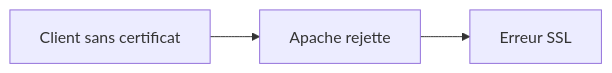
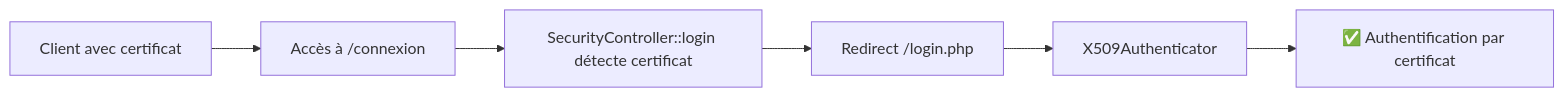
One commit to libriciel/s2low changed the fourth of 4 diagrams in docs/AUTHENTICATION.md. Above: the diagram before and after it, drawn with Mermaid. The commit also changed other lines of this file and 10 other files, not shown here.

````diff
--- a/docs/AUTHENTICATION.md
+++ b/docs/AUTHENTICATION.md
@@ -265,5 +416,8 @@
 ```mermaid
 graph LR
-    A[Client sans certificat] --> B[Apache rejette]
-    B --> C[Erreur SSL]
+    A[Client avec certificat] --> B[Accès à /connexion]
+    B --> C[SecurityController::login détecte certificat]
+    C --> D[Redirect /login.php]
+    D --> E[X509Authenticator]
+    E --> F[✅ Authentification par certificat]
 ```
````
